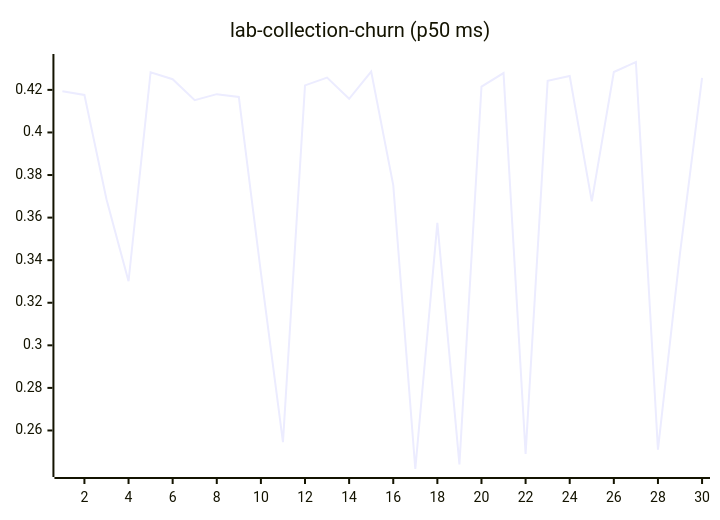
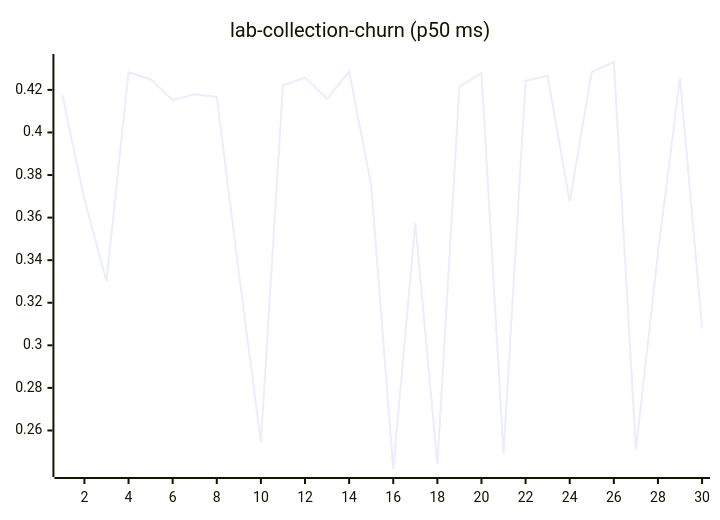
Before and after one commit to josha/Facet: diagram 11 of 27 in README.md, drawn with Mermaid. The commit also changed other lines of this file and 2 other files, not shown here.

````diff
--- a/README.md
+++ b/README.md
@@ -133,6 +133,6 @@
 ```mermaid
 xychart-beta
     title "lab-collection-churn (p50 ms)"
     x-axis 1 --> 30
-    line [0.4194, 0.4176, 0.3686, 0.3301, 0.4283, 0.4250, 0.4152, 0.4180, 0.4167, 0.3342, 0.2545, 0.4221, 0.4258, 0.4158, 0.4286, 0.3753, 0.2419, 0.3575, 0.2441, 0.4215, 0.4279, 0.2490, 0.4243, 0.4265, 0.3676, 0.4284, 0.4331, 0.2510, 0.3432, 0.4256]
+    line [0.4176, 0.3686, 0.3301, 0.4283, 0.4250, 0.4152, 0.4180, 0.4167, 0.3342, 0.2545, 0.4221, 0.4258, 0.4158, 0.4286, 0.3753, 0.2419, 0.3575, 0.2441, 0.4215, 0.4279, 0.2490, 0.4243, 0.4265, 0.3676, 0.4284, 0.4331, 0.2510, 0.3432, 0.4256, 0.3083]
 ```
````
